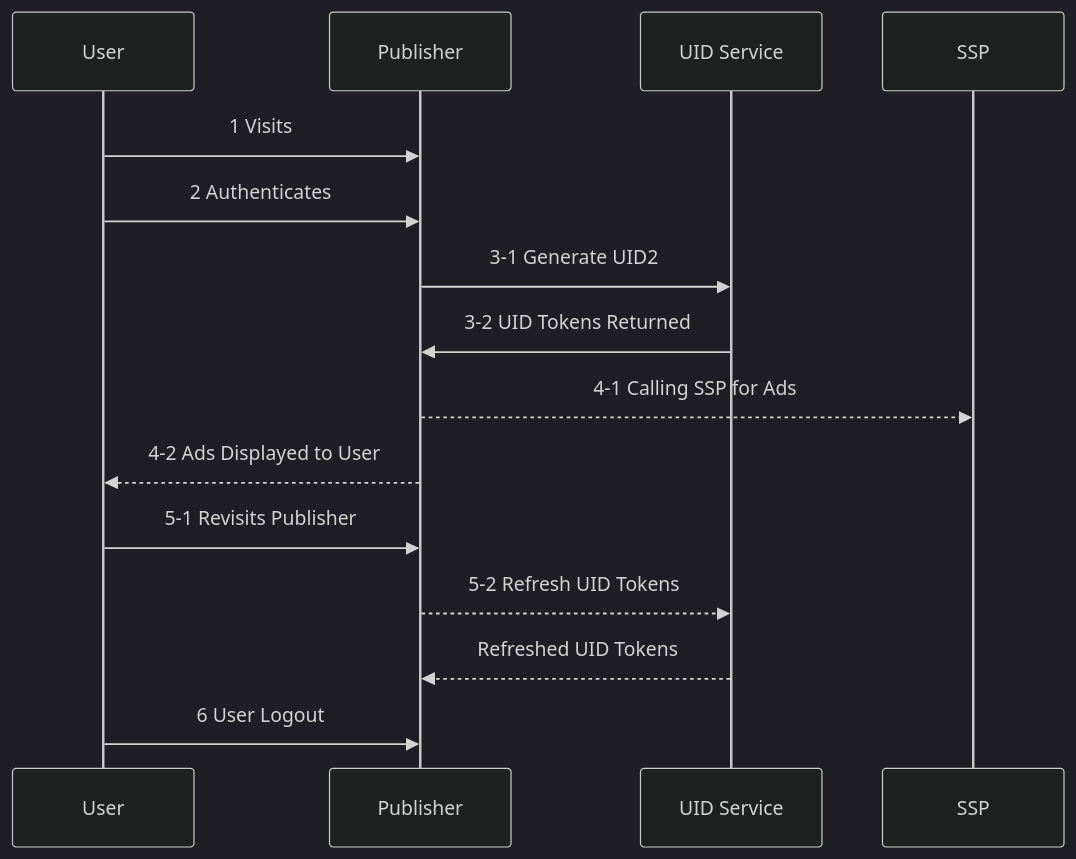
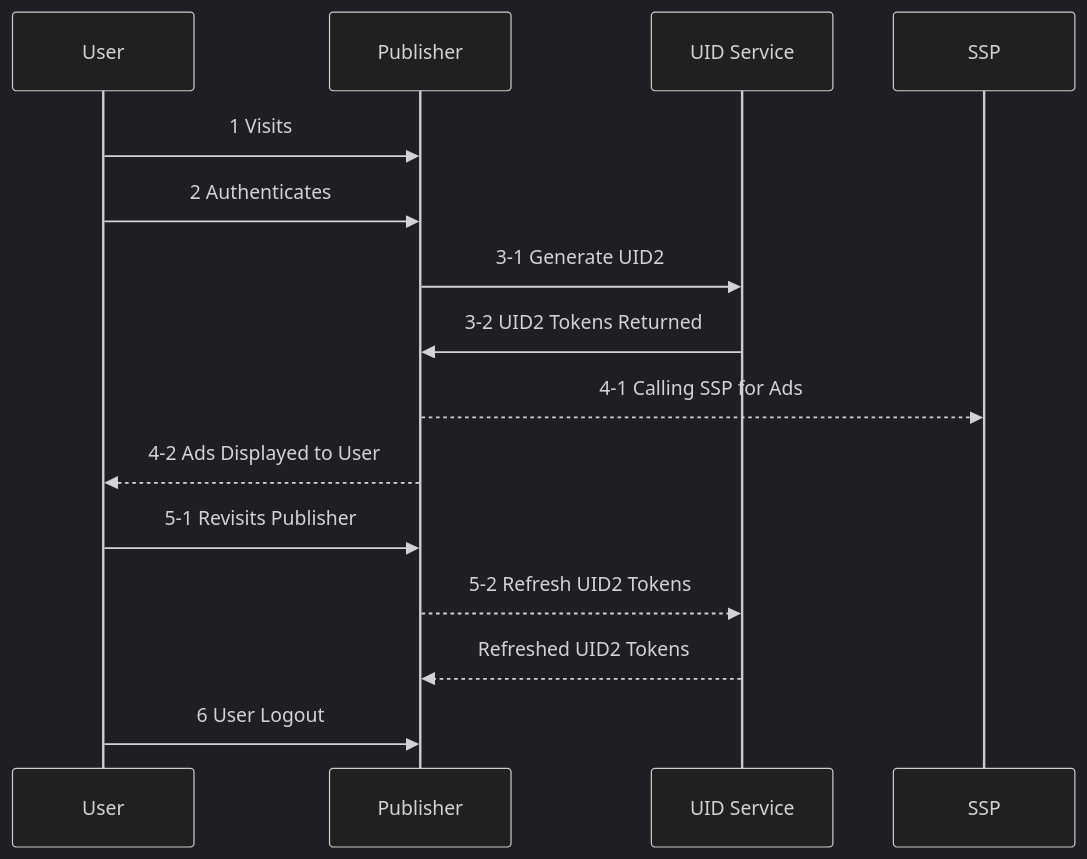
One commit to IABTechLab/uid2docs changed the diagram in v1/guides/custom-publisher-integration.md. Above: the diagram before and after it, drawn with Mermaid (dark theme). The commit also changed other lines of this file and 1 other file, not shown here.

````diff
--- a/v1/guides/custom-publisher-integration.md
+++ b/v1/guides/custom-publisher-integration.md
@@ -7,18 +7,18 @@
 ```mermaid
  sequenceDiagram
    participant User
    participant Publisher
    participant UID Service
    participant SSP
 
    User->>Publisher: 1 Visits
    User->>Publisher: 2 Authenticates
    Publisher->>UID Service: 3-1 Generate UID2
-   UID Service->>Publisher: 3-2 UID Tokens Returned
+   UID Service->>Publisher: 3-2 UID2 Tokens Returned
    Publisher-->>SSP: 4-1 Calling SSP for Ads
    Publisher-->>User: 4-2 Ads Displayed to User
    User->>Publisher: 5-1 Revisits Publisher
-   Publisher-->>UID Service: 5-2 Refresh UID Tokens
-   UID Service-->>Publisher: Refreshed UID Tokens 
+   Publisher-->>UID Service: 5-2 Refresh UID2 Tokens
+   UID Service-->>Publisher: Refreshed UID2 Tokens 
    User->>Publisher: 6 User Logout
 ```
````
